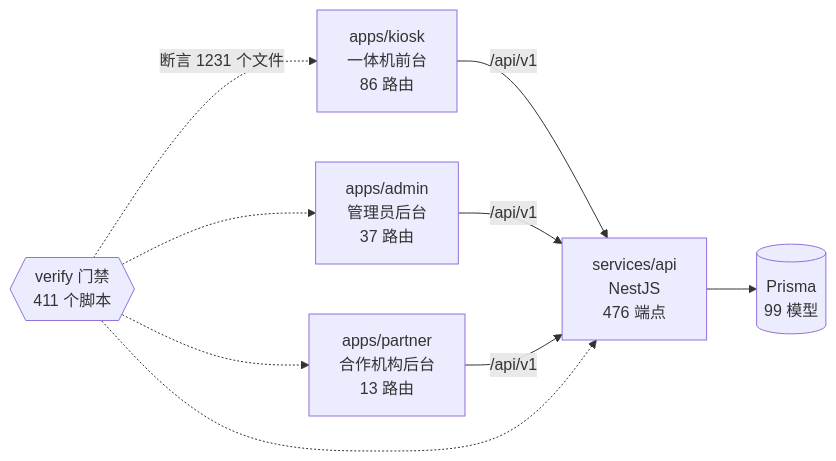
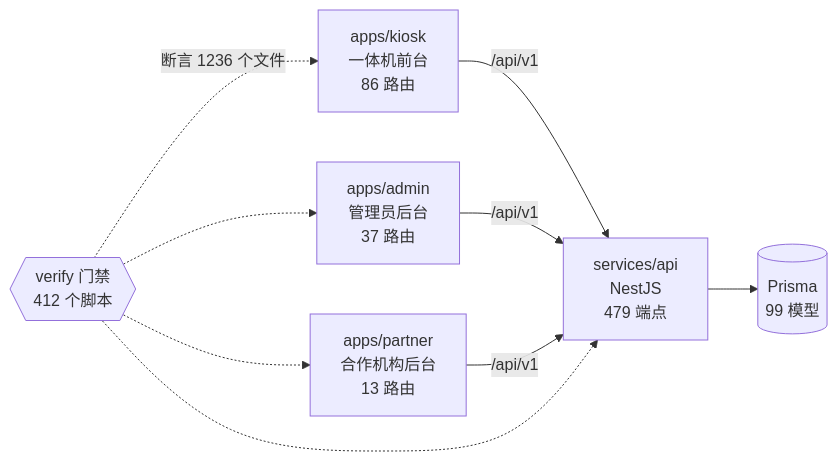
Before and after one commit to wanglei581/YITIJI: the diagram in docs/graph/README.md, drawn with Mermaid. The commit also changed other lines of this file and 122 other files, not shown here.

````diff
--- a/docs/graph/README.md
+++ b/docs/graph/README.md
@@ -68,18 +68,18 @@
 ```mermaid
 flowchart LR
   kiosk["apps/kiosk<br/>一体机前台<br/>86 路由"]
   admin["apps/admin<br/>管理员后台<br/>37 路由"]
   partner["apps/partner<br/>合作机构后台<br/>13 路由"]
-  api["services/api<br/>NestJS<br/>476 端点"]
+  api["services/api<br/>NestJS<br/>479 端点"]
   db[("Prisma<br/>99 模型")]
-  gates{{"verify 门禁<br/>411 个脚本"}}
+  gates{{"verify 门禁<br/>412 个脚本"}}
 
   kiosk -->|"/api/v1"| api
   admin -->|"/api/v1"| api
   partner -->|"/api/v1"| api
   api --> db
-  gates -.->|"断言 1231 个文件"| kiosk
+  gates -.->|"断言 1236 个文件"| kiosk
   gates -.-> admin
   gates -.-> partner
   gates -.-> api
 ```
````
